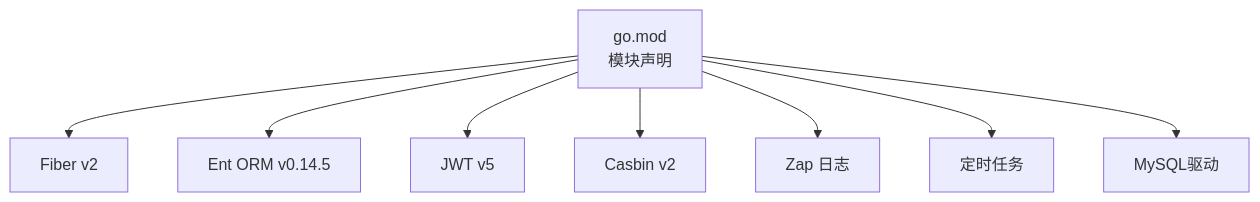
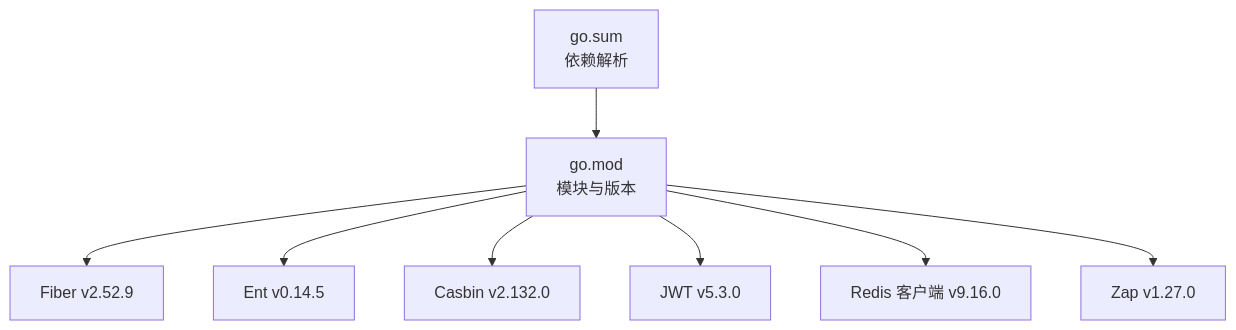
Before and after one commit to wuwuseo/e-sports-go-admin: the fourth of 4 diagrams in .qoder/repowiki/zh/content/开发指南/开发环境搭建.md, drawn with Mermaid. The commit also changed other lines of this file and 115 other files, not shown here.

````diff
--- a/.qoder/repowiki/zh/content/开发指南/开发环境搭建.md
+++ b/.qoder/repowiki/zh/content/开发指南/开发环境搭建.md
@@ -237,10 +245,10 @@
 ```mermaid
 graph TB
-MOD["go.mod<br/>模块声明"] --> F["Fiber v2"]
-MOD --> E["Ent ORM v0.14.5"]
-MOD --> J["JWT v5"]
-MOD --> C["Casbin v2"]
-MOD --> L["Zap 日志"]
-MOD --> T["定时任务"]
-MOD --> M["MySQL驱动"]
+M["go.mod<br/>模块与版本"] --> D1["Fiber v2.52.9"]
+M --> D2["Ent v0.14.5"]
+M --> D3["Casbin v2.132.0"]
+M --> D4["JWT v5.3.0"]
+M --> D5["Redis 客户端 v9.16.0"]
+M --> D6["Zap v1.27.0"]
+SUM["go.sum<br/>依赖解析"] --> M
 ```
````
